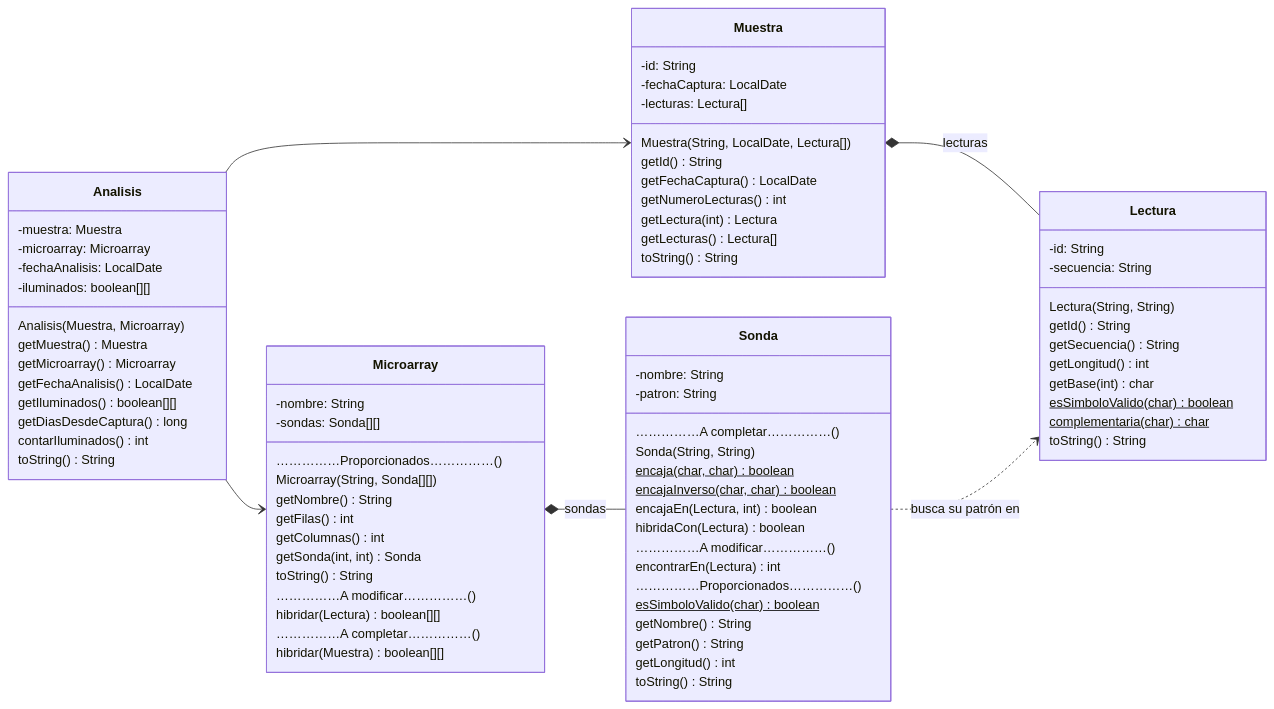
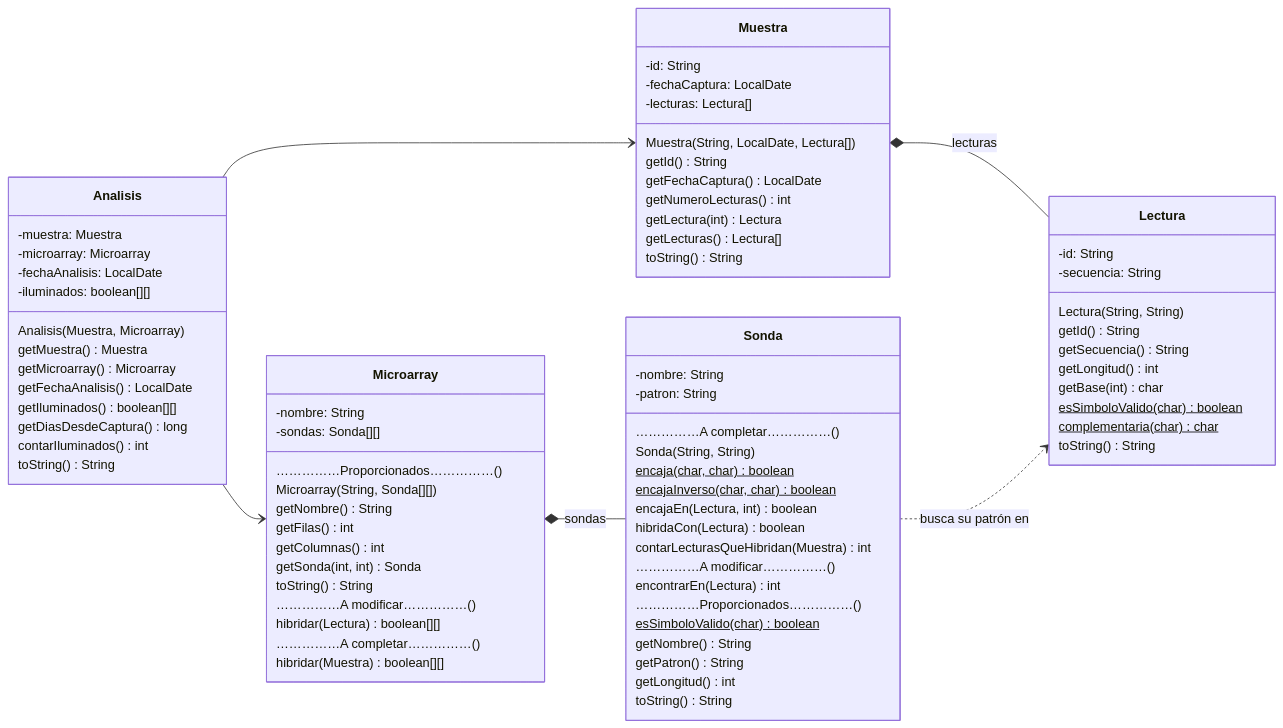
Before and after one commit to ysmartin/fprg-2026-P2-dev: the diagram in README.md, drawn with Mermaid. The commit also changed other lines of this file and 76 other files, not shown here.

```diff
--- a/README.md
+++ b/README.md
@@ -149,6 +150,7 @@
 encajaInverso(char, char) boolean$
 encajaEn(Lectura, int) boolean
 hibridaCon(Lectura) boolean
+contarLecturasQueHibridan(Muestra) int
 ……………A modificar……………()
 encontrarEn(Lectura) int
 ……………Proporcionados……………()
```
